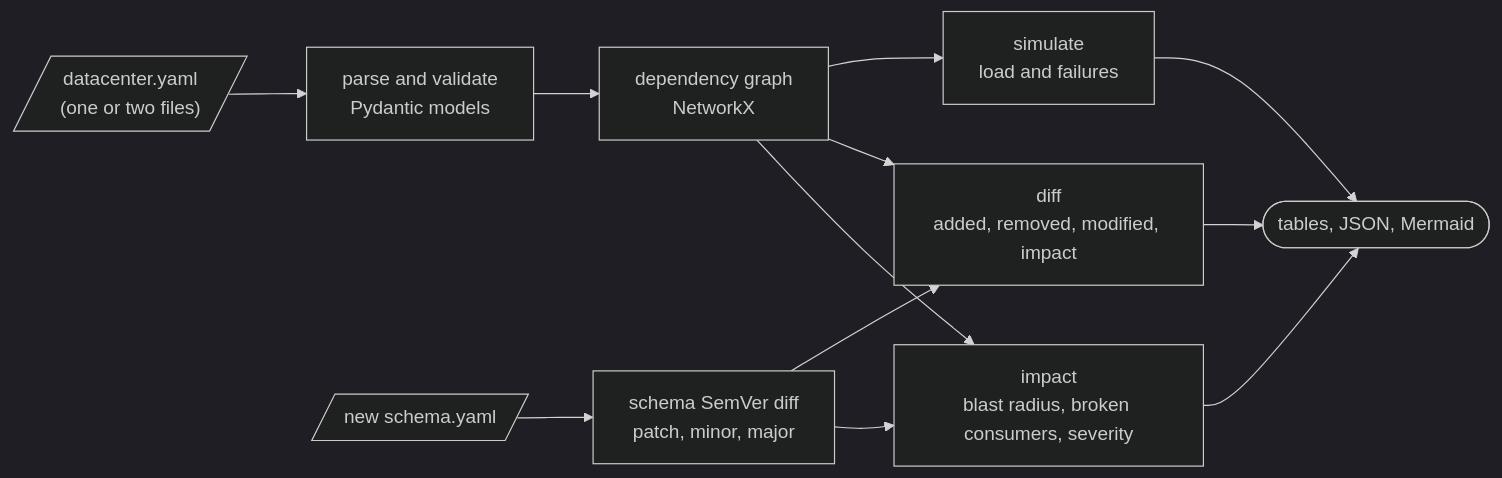
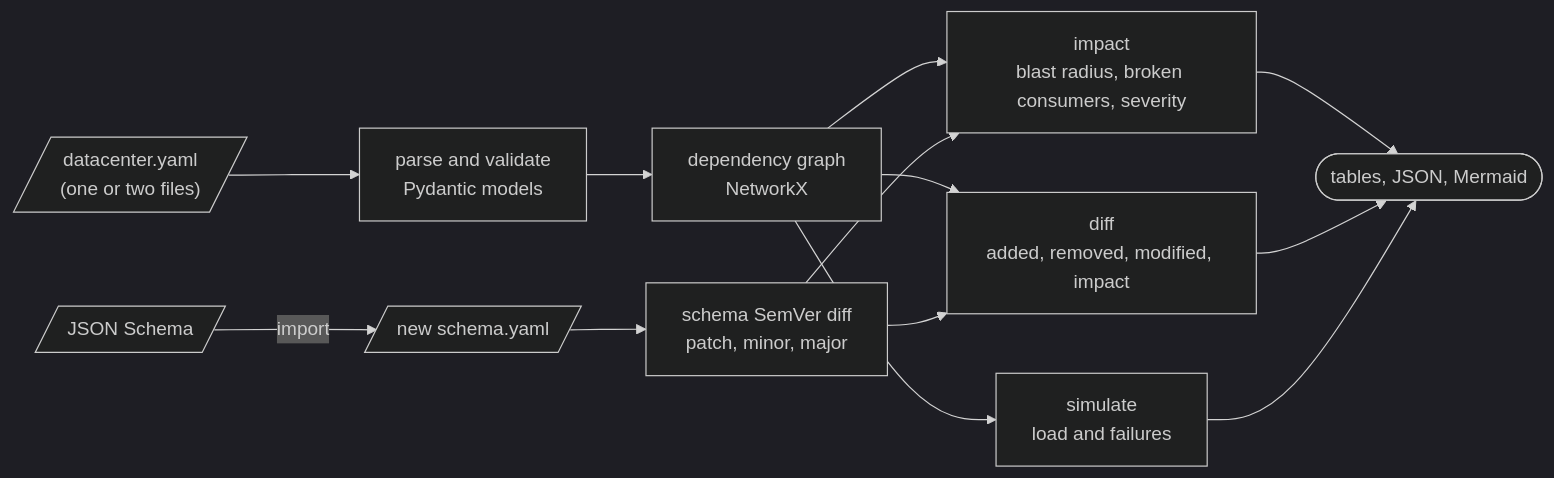
Before and after one commit to IzanVil/RippleRack: the second of 2 diagrams in README.md, drawn with Mermaid (dark theme). The commit also changed other lines of this file and 4 other files, not shown here.

````diff
--- a/README.md
+++ b/README.md
@@ -322,14 +357,15 @@
 ```mermaid
 flowchart LR
   yaml[/"datacenter.yaml<br/>(one or two files)"/] --> parse["parse and validate<br/>Pydantic models"]
   parse --> dag["dependency graph<br/>NetworkX"]
+  jsonschema[/"JSON Schema"/] -->|"import"| schema
   schema[/"new schema.yaml"/] --> semver["schema SemVer diff<br/>patch, minor, major"]
   dag --> impact["impact<br/>blast radius, broken consumers, severity"]
   semver --> impact
   dag --> diff["diff<br/>added, removed, modified, impact"]
   semver --> diff
   dag --> simulate["simulate<br/>load and failures"]
   impact --> out(["tables, JSON, Mermaid"])
   diff --> out
   simulate --> out
 ```
````
